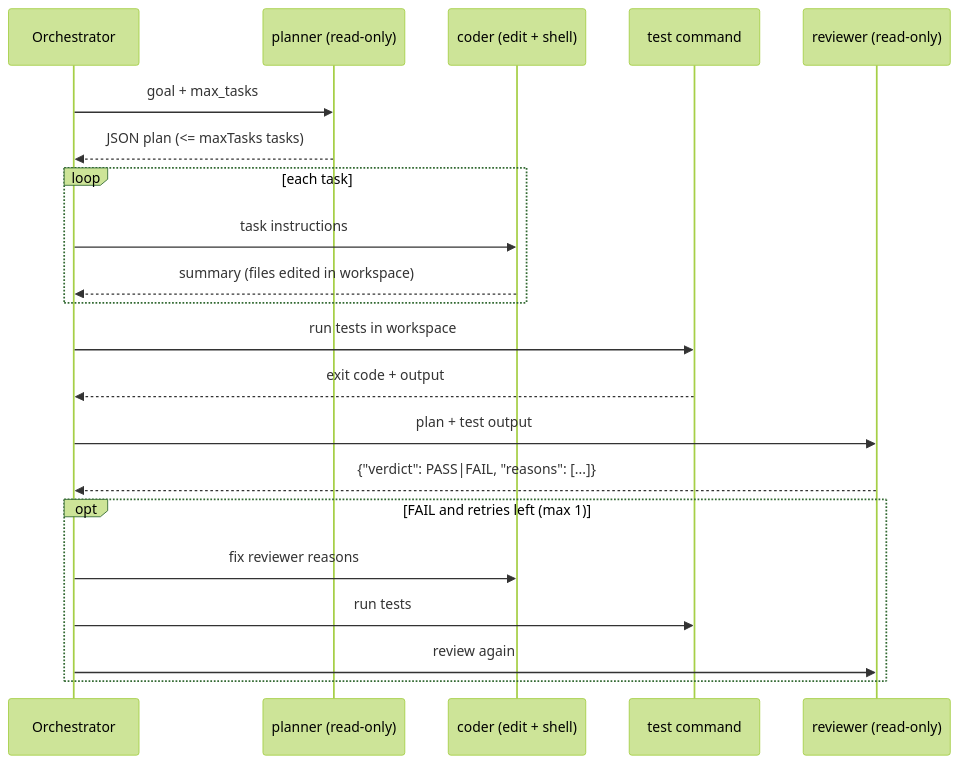
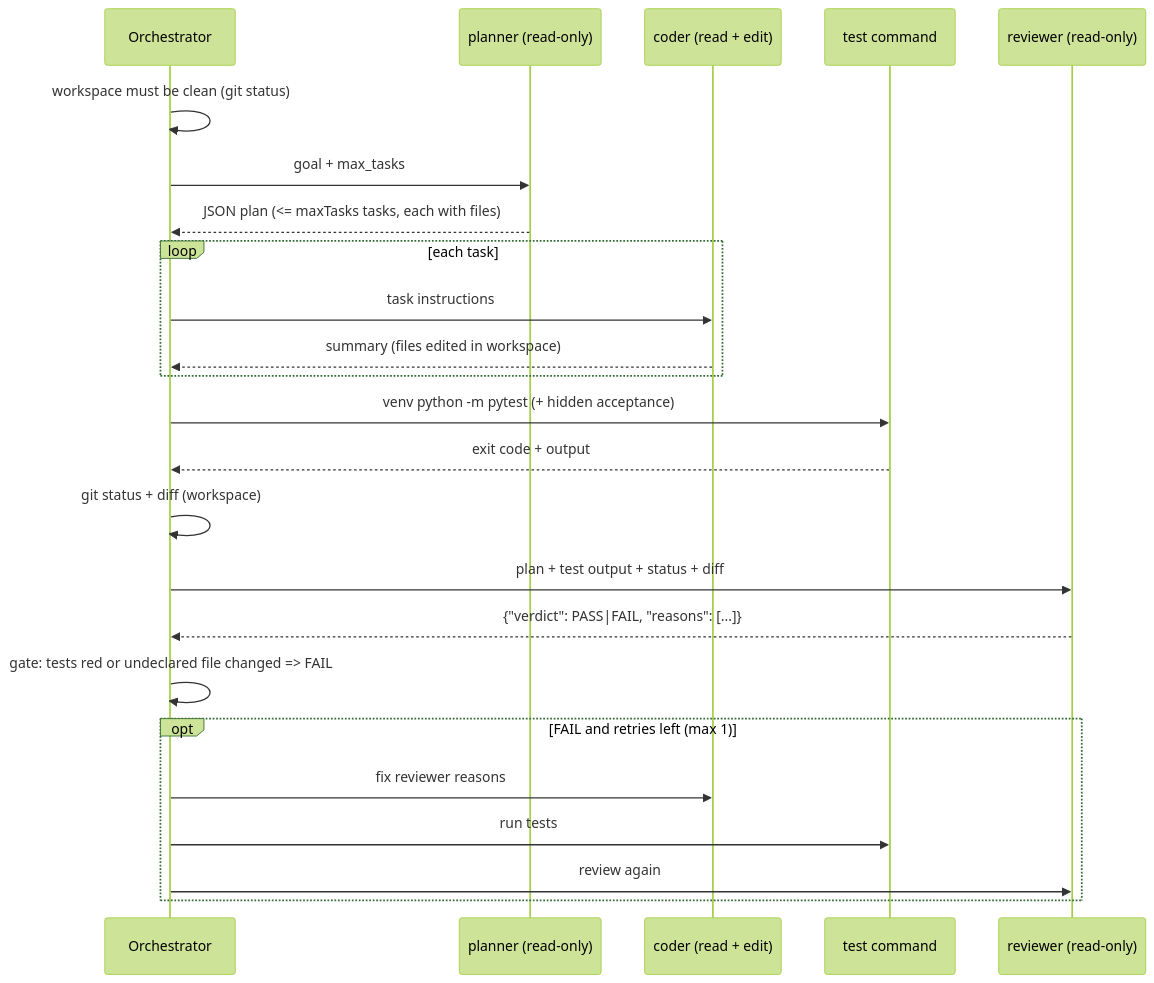
Before and after one commit to nishanttyagi28/agent-control-tower: the diagram in docs/architecture.md, drawn with Mermaid (forest theme). The commit also changed other lines of this file and 3 other files, not shown here.

````diff
--- a/docs/architecture.md
+++ b/docs/architecture.md
@@ -19,23 +22,26 @@
 ```mermaid
 sequenceDiagram
     participant O as Orchestrator
     participant P as planner (read-only)
-    participant C as coder (edit + shell)
+    participant C as coder (read + edit)
     participant T as test command
     participant R as reviewer (read-only)
+    O->>O: workspace must be clean (git status)
     O->>P: goal + max_tasks
-    P-->>O: JSON plan (<= maxTasks tasks)
+    P-->>O: JSON plan (<= maxTasks tasks, each with files)
     loop each task
         O->>C: task instructions
         C-->>O: summary (files edited in workspace)
     end
-    O->>T: run tests in workspace
+    O->>T: venv python -m pytest (+ hidden acceptance)
     T-->>O: exit code + output
-    O->>R: plan + test output
+    O->>O: git status + diff (workspace)
+    O->>R: plan + test output + status + diff
     R-->>O: {"verdict": PASS|FAIL, "reasons": [...]}
+    O->>O: gate: tests red or undeclared file changed => FAIL
     opt FAIL and retries left (max 1)
         O->>C: fix reviewer reasons
         O->>T: run tests
         O->>R: review again
     end
 ```
````
